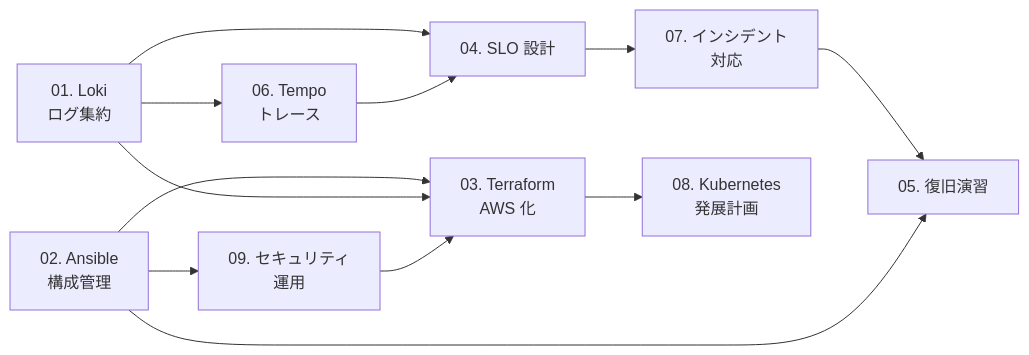
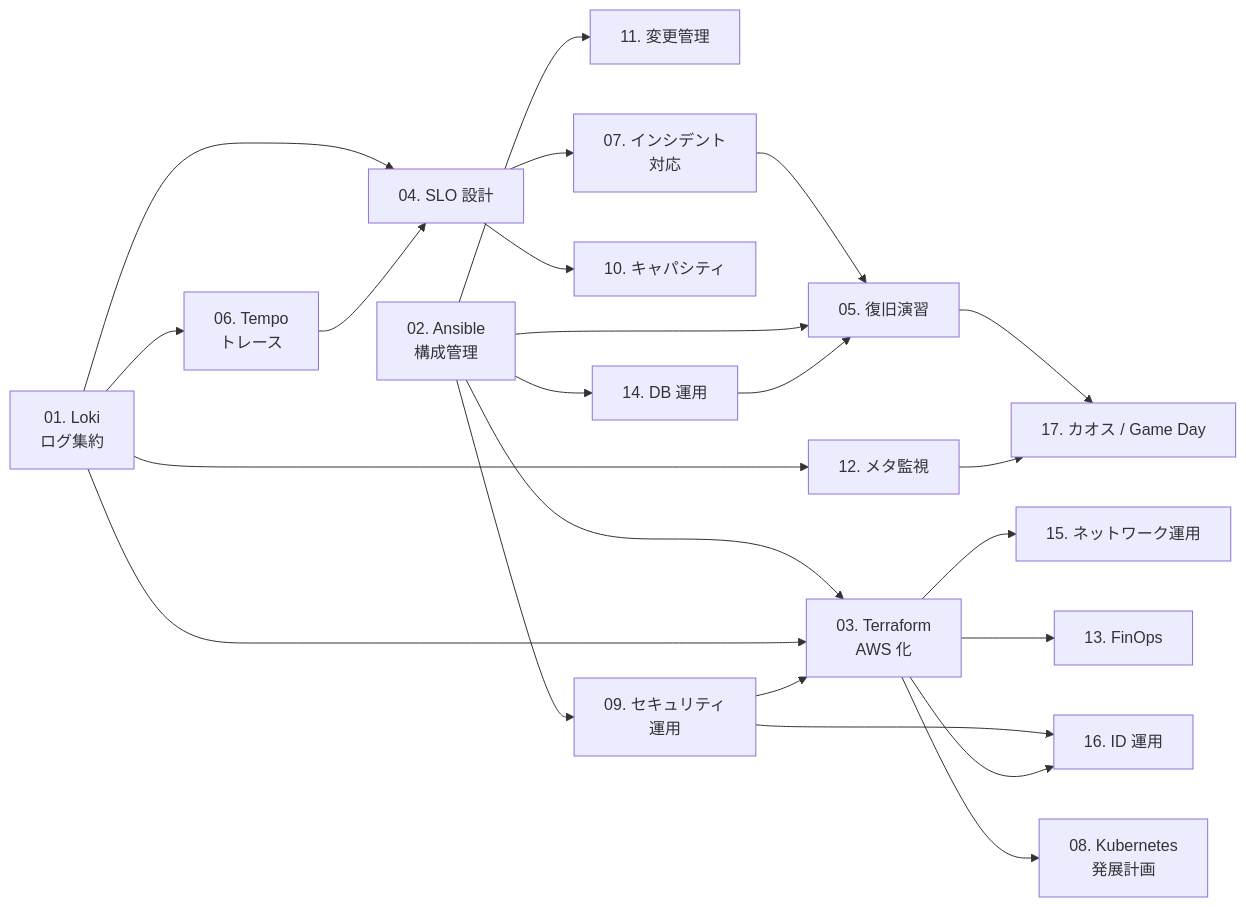
The second of 2 diagrams in docs/server-monitor-improvements/README.md (ns7jp/ns7jp), drawn with Mermaid before and after one commit. The commit also changed other lines of this file and 22 other files, not shown here.

````diff
--- a/docs/server-monitor-improvements/README.md
+++ b/docs/server-monitor-improvements/README.md
@@ -70,14 +93,25 @@
 ```mermaid
 flowchart LR
     L[01. Loki<br/>ログ集約] --> S[04. SLO 設計]
     L --> Tr[06. Tempo<br/>トレース]
     Tr --> S
     A[02. Ansible<br/>構成管理] --> T[03. Terraform<br/>AWS 化]
+    A --> CM[11. 変更管理]
     S --> IR[07. インシデント<br/>対応]
+    S --> Cap[10. キャパシティ]
     IR --> B[05. 復旧演習]
+    B --> CE[17. カオス / Game Day]
     L --> T
     A --> B
     A --> Sec[09. セキュリティ<br/>運用]
+    L --> MM[12. メタ監視]
+    MM --> CE
     Sec --> T
+    Sec --> ID[16. ID 運用]
+    A --> DB[14. DB 運用]
+    DB --> B
+    T --> NW[15. ネットワーク運用]
+    T --> Fin[13. FinOps]
+    T --> ID
     T --> K[08. Kubernetes<br/>発展計画]
 ```
````
